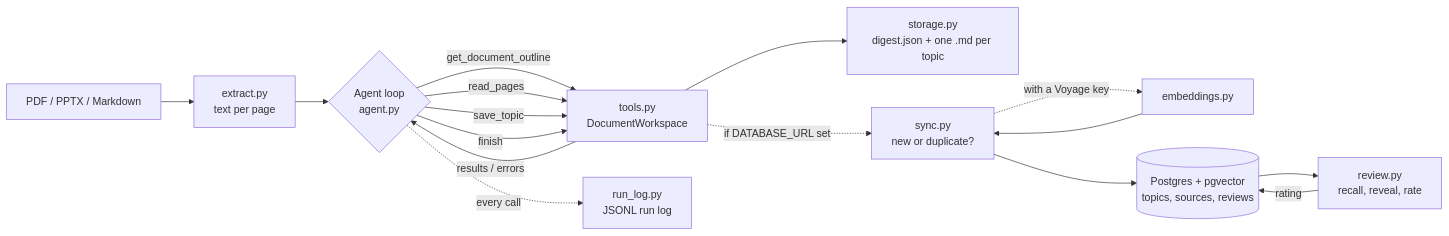
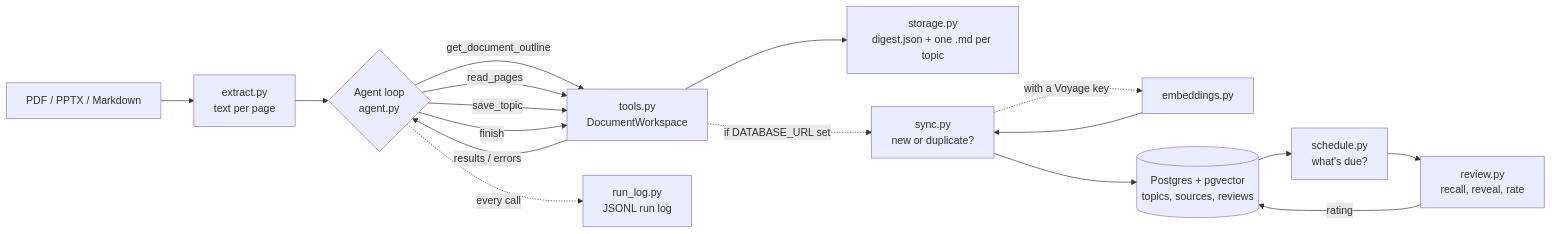
The diagram in README.md (Coral-ctrl/retrieve-agent), drawn with Mermaid before and after one commit. The commit also changed other lines of this file and 11 other files, not shown here.

````diff
--- a/README.md
+++ b/README.md
@@ -21,18 +21,19 @@
 ```mermaid
 flowchart LR
     A[PDF / PPTX / Markdown] --> B[extract.py<br/>text per page]
     B --> C{Agent loop<br/>agent.py}
     C -- get_document_outline --> D[tools.py<br/>DocumentWorkspace]
     C -- read_pages --> D
     C -- save_topic --> D
     C -- finish --> D
     D -- results / errors --> C
     D --> E[storage.py<br/>digest.json + one .md per topic]
     D -. if DATABASE_URL set .-> H[sync.py<br/>new or duplicate?]
     H -. with a Voyage key .-> G[embeddings.py]
     G --> H
     H --> I[(Postgres + pgvector<br/>topics, sources, reviews)]
-    I --> J[review.py<br/>recall, reveal, rate]
+    I --> K[schedule.py<br/>what's due?]
+    K --> J[review.py<br/>recall, reveal, rate]
     J -- rating --> I
     C -. every call .-> F[run_log.py<br/>JSONL run log]
 ```
````
